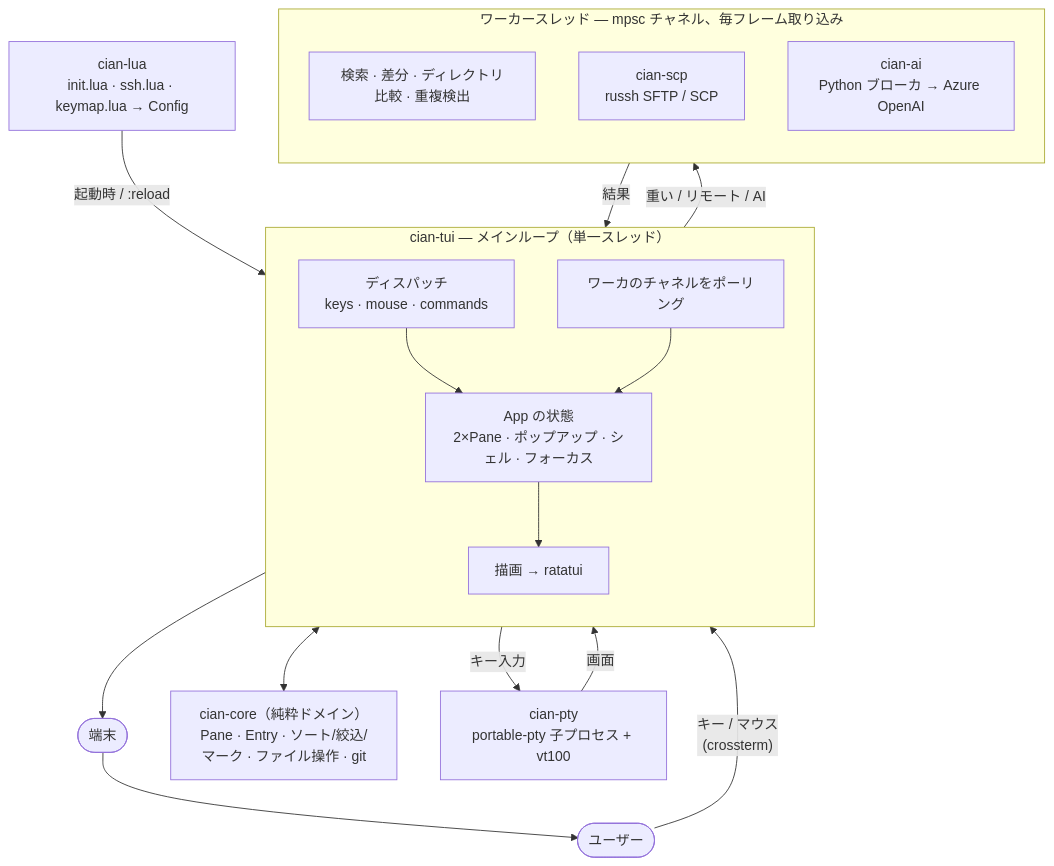
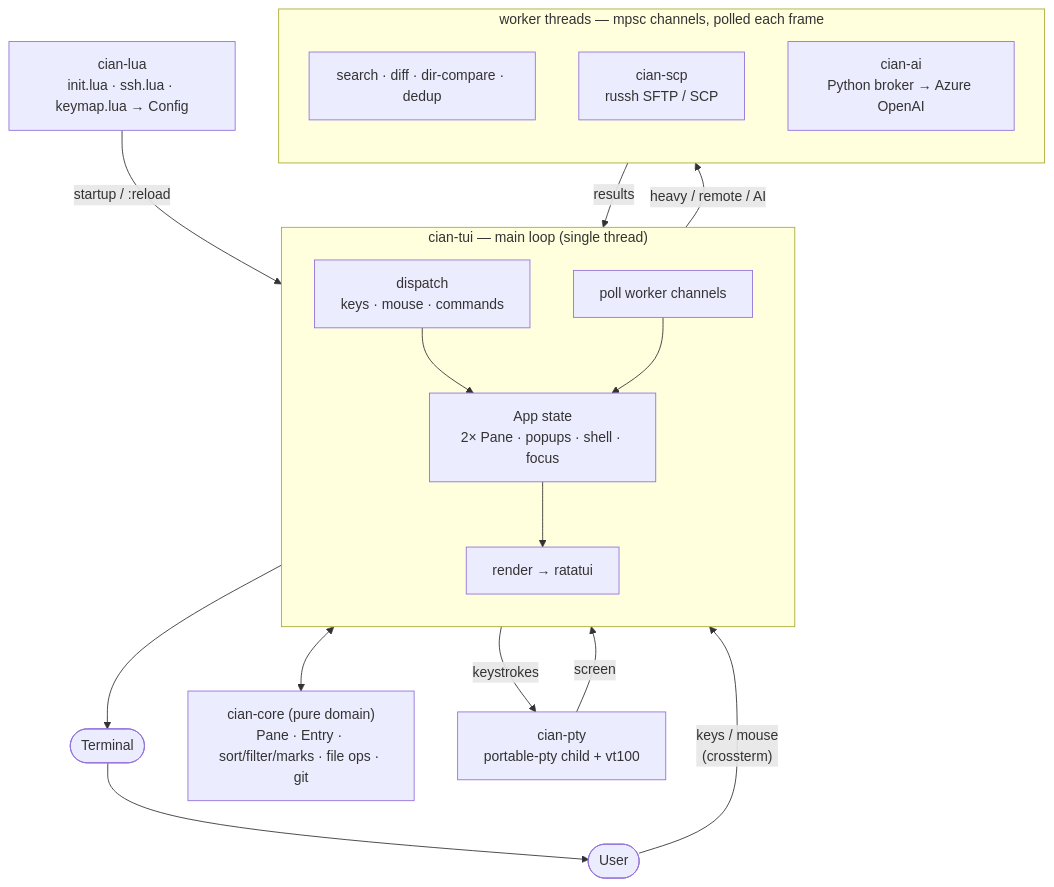
Before and after one commit to taketan9/amber: the diagram in README.ja.md, drawn with Mermaid. The commit also changed other lines of this file and 1 other file, not shown here.

````diff
--- a/README.ja.md
+++ b/README.ja.md
@@ -461,38 +441,38 @@
 ```mermaid
 flowchart TD
-    user([ユーザー])
-    term([端末])
+    user([User])
+    term([Terminal])
 
-    user -- "キー / マウス<br/>(crossterm)" --> disp
+    user -- "keys / mouse<br/>(crossterm)" --> disp
 
-    subgraph mainloop["cian-tui — メインループ（単一スレッド）"]
+    subgraph mainloop["cian-tui — main loop (single thread)"]
         direction TB
-        disp["ディスパッチ<br/>keys · mouse · commands"]
-        state["App の状態<br/>2×Pane · ポップアップ · シェル · フォーカス"]
-        draw["描画 → ratatui"]
-        poll["ワーカのチャネルをポーリング"]
+        disp["dispatch<br/>keys · mouse · commands"]
+        state["App state<br/>2× Pane · popups · shell · focus"]
+        draw["render → ratatui"]
+        poll["poll worker channels"]
         disp --> state --> draw
         poll --> state
     end
 
     draw --> term --> user
 
     cfg["cian-lua<br/>init.lua · ssh.lua · keymap.lua → Config"]
-    cfg -- "起動時 / :reload" --> state
+    cfg -- "startup / :reload" --> state
 
-    core["cian-core（純粋ドメイン）<br/>Pane · Entry · ソート/絞込/マーク · ファイル操作 · git"]
+    core["cian-core (pure domain)<br/>Pane · Entry · sort/filter/marks · file ops · git"]
     state <--> core
 
-    disp -- "キー入力" --> pty["cian-pty<br/>portable-pty 子プロセス + vt100"]
-    pty -- "画面" --> draw
+    disp -- "keystrokes" --> pty["cian-pty<br/>portable-pty child + vt100"]
+    pty -- "screen" --> draw
 
-    subgraph work["ワーカースレッド — mpsc チャネル、毎フレーム取り込み"]
+    subgraph work["worker threads — mpsc channels, polled each frame"]
         direction TB
-        heavy["検索 · 差分 · ディレクトリ比較 · 重複検出"]
+        heavy["search · diff · dir-compare · dedup"]
         scp["cian-scp<br/>russh SFTP / SCP"]
-        ai["cian-ai<br/>Python ブローカ → Azure OpenAI"]
+        ai["cian-ai<br/>Python broker → Azure OpenAI"]
     end
 
-    disp -- "重い / リモート / AI" --> work
-    work -- "結果" --> poll
+    disp -- "heavy / remote / AI" --> work
+    work -- "results" --> poll
 ```
````
